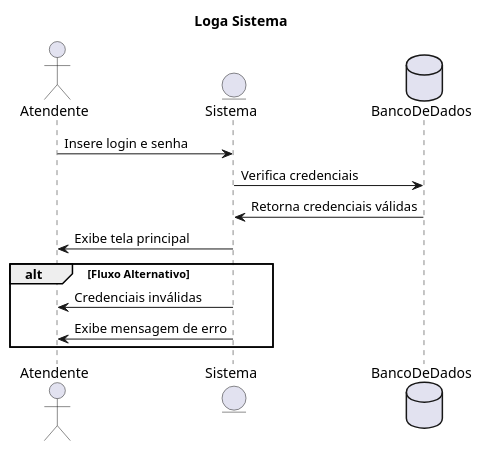
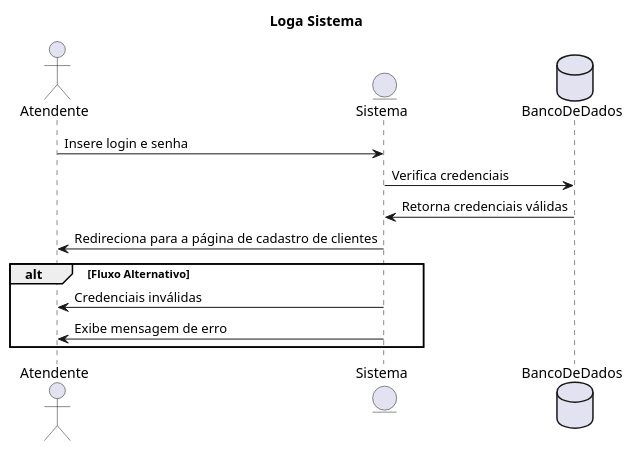
One commit to luiz-david05/trabalho_finalAPS changed the diagram in trabalho_final/diagrama_sequencia/loga_sistema.puml. Above: the diagram before and after it, drawn with PlantUML. The commit also changed 11 other files, not shown here.

```diff
--- a/trabalho_final/diagrama_sequencia/loga_sistema.puml
+++ b/trabalho_final/diagrama_sequencia/loga_sistema.puml
@@ -1,17 +1,17 @@
 @startuml Loga Sistema
 title Loga Sistema
 actor Atendente
 entity Sistema
 database BancoDeDados
 
 Atendente -> Sistema: Insere login e senha
 Sistema -> BancoDeDados: Verifica credenciais
 BancoDeDados -> Sistema: Retorna credenciais válidas
-Sistema -> Atendente: Exibe tela principal
+Sistema -> Atendente: Redireciona para a página de cadastro de clientes
 
 alt Fluxo Alternativo
     Sistema -> Atendente: Credenciais inválidas
     Sistema -> Atendente: Exibe mensagem de erro
 end
 
 @enduml
```
